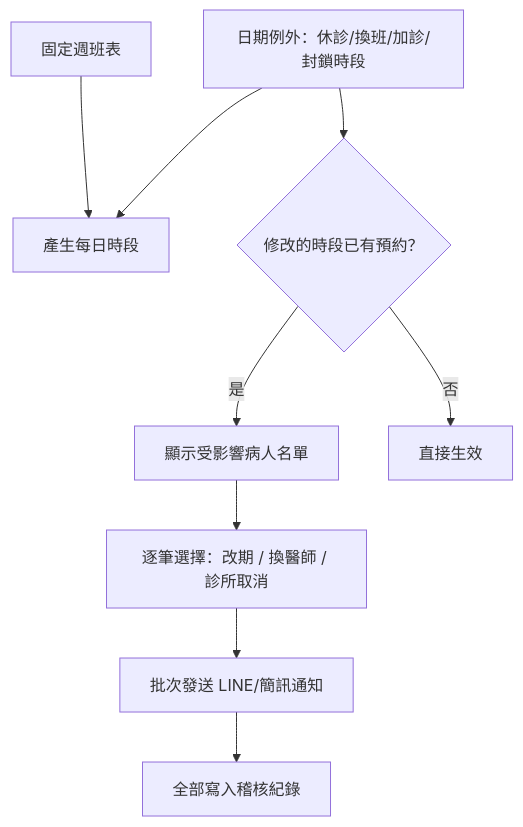
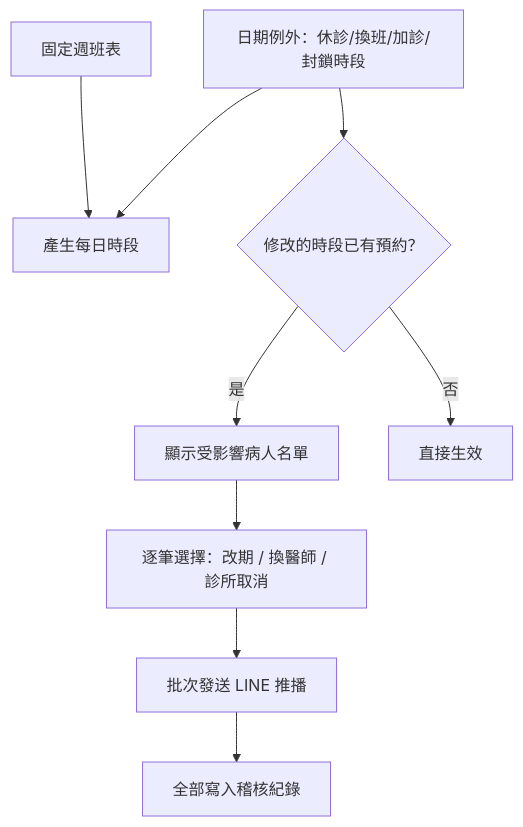
The fourth of 4 diagrams in booking-system/docs/02-使用流程.md (lubitsai/lihsin-clinic), drawn with Mermaid before and after one commit. The commit also changed other lines of this file and 44 other files, not shown here.

````diff
--- a/booking-system/docs/02-使用流程.md
+++ b/booking-system/docs/02-使用流程.md
@@ -61,11 +66,11 @@
 ```mermaid
 flowchart TD
     A[固定週班表] --> B[產生每日時段]
     C[日期例外：休診/換班/加診/封鎖時段] --> B
     C --> D{修改的時段已有預約？}
     D -->|是| E[顯示受影響病人名單]
     E --> F[逐筆選擇：改期 / 換醫師 / 診所取消]
-    F --> G[批次發送 LINE/簡訊通知]
+    F --> G[批次發送 LINE 推播]
     D -->|否| H[直接生效]
     G --> I[全部寫入稽核紀錄]
 ```
````
